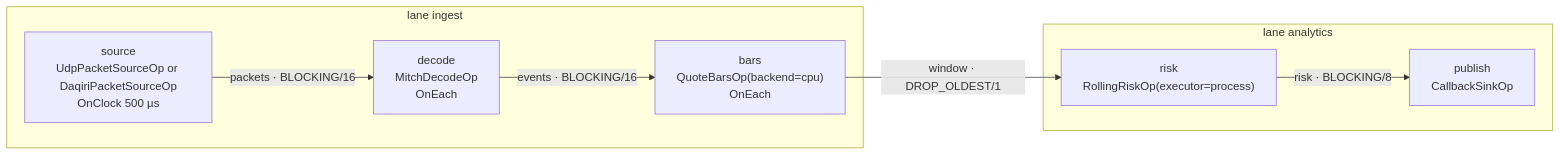
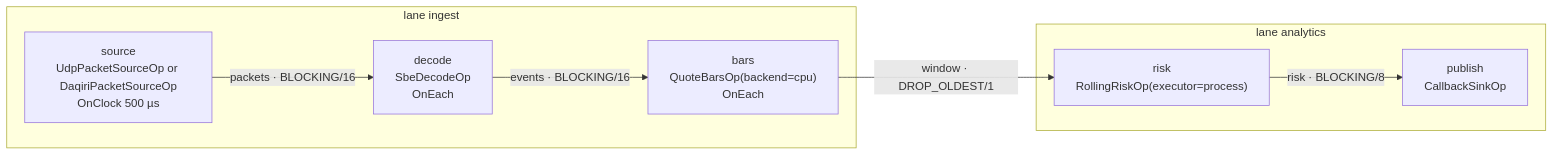
The second of 3 diagrams in docs/ARCHITECTURE.md (nvidia-holoscan/holoscan-finance), drawn with Mermaid before and after one commit. The commit also changed other lines of this file and 105 other files, not shown here.

````diff
--- a/docs/ARCHITECTURE.md
+++ b/docs/ARCHITECTURE.md
@@ -78,16 +78,16 @@
 ```mermaid
 flowchart LR
     subgraph ingest["lane ingest"]
         source["source<br/>UdpPacketSourceOp or DaqiriPacketSourceOp<br/>OnClock 500 µs"]
-        decode["decode<br/>MitchDecodeOp<br/>OnEach"]
+        decode["decode<br/>SbeDecodeOp<br/>OnEach"]
         bars["bars<br/>QuoteBarsOp(backend=cpu)<br/>OnEach"]
         source -->|"packets · BLOCKING/16"| decode
         decode -->|"events · BLOCKING/16"| bars
     end
     subgraph analytics["lane analytics"]
         risk["risk<br/>RollingRiskOp(executor=process)"]
         publish["publish<br/>CallbackSinkOp"]
         risk -->|"risk · BLOCKING/8"| publish
     end
     bars -->|"window · DROP_OLDEST/1"| risk
 ```
````
